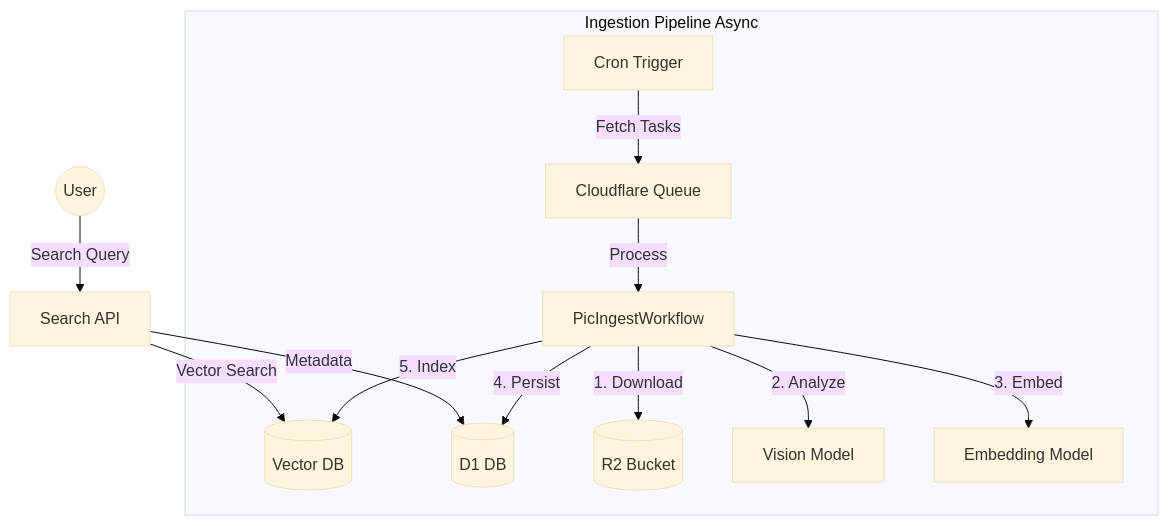
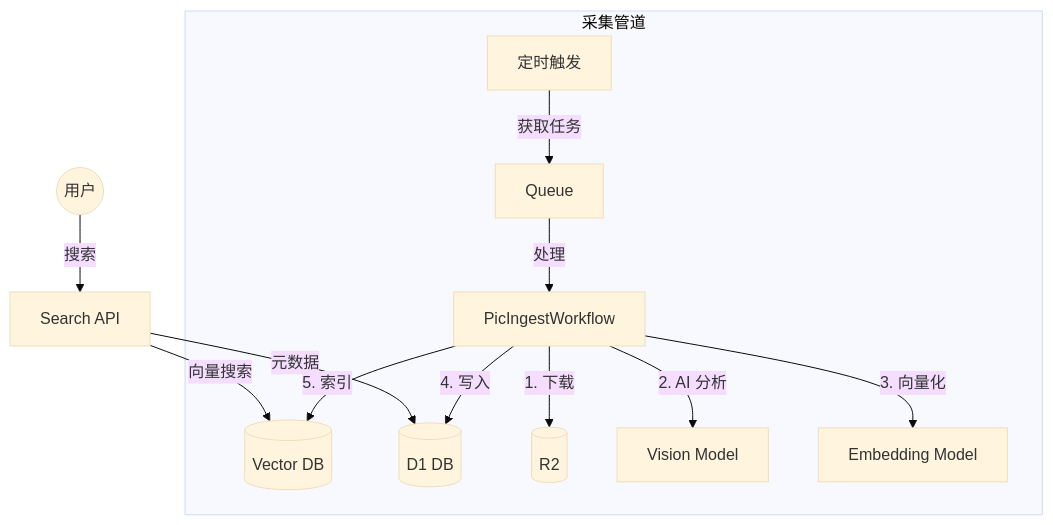
The diagram in README.md (7893/lens), drawn with Mermaid (base theme) before and after one commit. The commit also changed other lines of this file, not shown here.

````diff
--- a/README.md
+++ b/README.md
@@ -17,17 +17,16 @@
 ```mermaid
 graph TD
-    User((User)) -->|Search Query| API[Search API]
-    API -->|Vector Search| Vectorize[(Vector DB)]
-    API -->|Metadata| D1[(D1 DB)]
+    User((用户)) -->|搜索| API[Search API]
+    API -->|向量搜索| Vectorize[(Vector DB)]
+    API -->|元数据| D1[(D1 DB)]
     
-    subgraph IngestionPipeline [Ingestion Pipeline Async]
-        Cron[Cron Trigger] -->|Fetch Tasks| Queue[Cloudflare Queue]
-        Queue -->|Process| Workflow[PicIngestWorkflow]
-        
-        Workflow -->|1. Download| R2[(R2 Bucket)]
-        Workflow -->|2. Analyze| AI_Vision[Vision Model]
-        Workflow -->|3. Embed| AI_Embed[Embedding Model]
-        Workflow -->|4. Persist| D1
-        Workflow -->|5. Index| Vectorize
+    subgraph 采集管道
+        Cron[定时触发] -->|获取任务| Queue[Queue]
+        Queue -->|处理| Workflow[PicIngestWorkflow]
+        Workflow -->|1. 下载| R2[(R2)]
+        Workflow -->|2. AI 分析| AI_Vision[Vision Model]
+        Workflow -->|3. 向量化| AI_Embed[Embedding Model]
+        Workflow -->|4. 写入| D1
+        Workflow -->|5. 索引| Vectorize
     end
 ```
````
